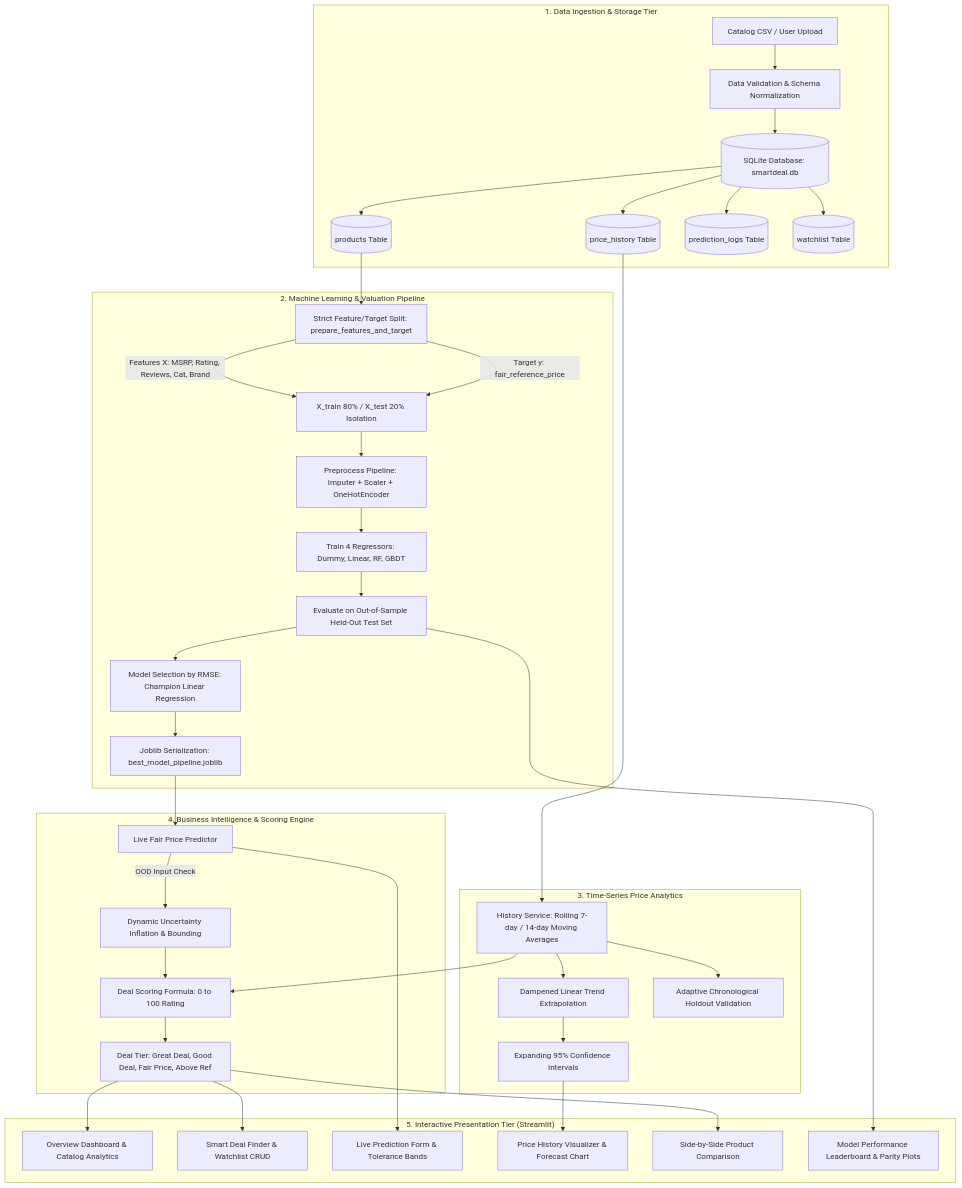
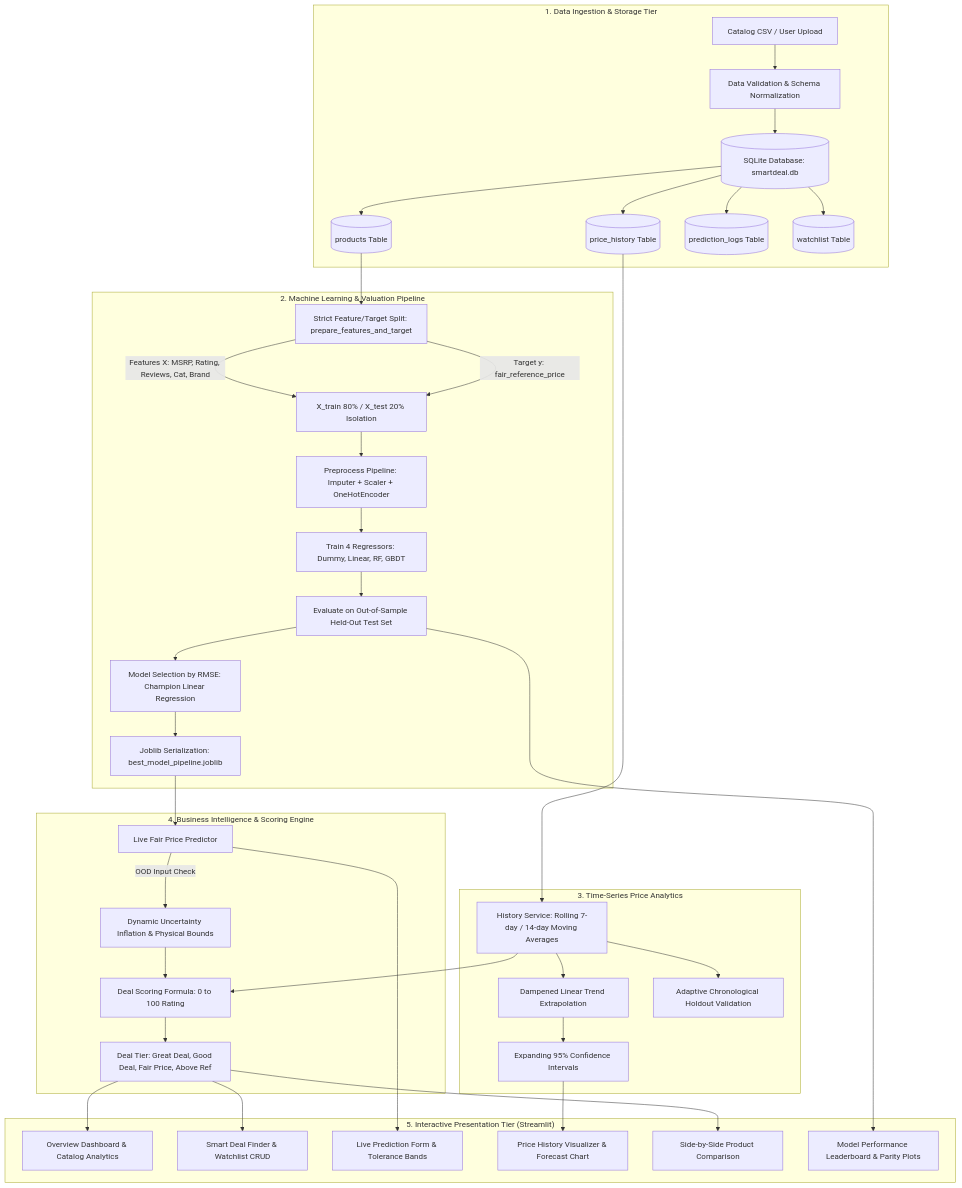
One commit to kowshiii1208/smartdeal-ai changed the diagram in README.md. Above: the diagram before and after it, drawn with Mermaid. The commit also changed other lines of this file and 5 other files, not shown here.

````diff
--- a/README.md
+++ b/README.md
@@ -62,46 +81,46 @@
 ```mermaid
 graph TD
     subgraph Data_Tier["1. Data Ingestion & Storage Tier"]
         A[Catalog CSV / User Upload] --> B[Data Validation & Schema Normalization]
         B --> C[(SQLite Database: smartdeal.db)]
         C --> D[(products Table)]
         C --> E[(price_history Table)]
         C --> F[(prediction_logs Table)]
         C --> G[(watchlist Table)]
     end
 
     subgraph ML_Tier["2. Machine Learning & Valuation Pipeline"]
         D --> H[Strict Feature/Target Split: prepare_features_and_target]
         H -->|Features X: MSRP, Rating, Reviews, Cat, Brand| I[X_train 80% / X_test 20% Isolation]
         H -->|Target y: fair_reference_price| I
         I --> J[Preprocess Pipeline: Imputer + Scaler + OneHotEncoder]
         J --> K[Train 4 Regressors: Dummy, Linear, RF, GBDT]
         K --> L[Evaluate on Out-of-Sample Held-Out Test Set]
         L --> M[Model Selection by RMSE: Champion Linear Regression]
         M --> N[Joblib Serialization: best_model_pipeline.joblib]
     end
 
     subgraph Forecast_Tier["3. Time-Series Price Analytics"]
         E --> O[History Service: Rolling 7-day / 14-day Moving Averages]
         O --> P[Dampened Linear Trend Extrapolation]
         P --> Q[Expanding 95% Confidence Intervals]
         O --> R[Adaptive Chronological Holdout Validation]
     end
 
     subgraph Deal_Tier["4. Business Intelligence & Scoring Engine"]
         N --> S[Live Fair Price Predictor]
-        S -->|OOD Input Check| T[Dynamic Uncertainty Inflation & Bounding]
+        S -->|OOD Input Check| T[Dynamic Uncertainty Inflation & Physical Bounds]
         T --> U[Deal Scoring Formula: 0 to 100 Rating]
         O --> U
         U --> V[Deal Tier: Great Deal, Good Deal, Fair Price, Above Ref]
     end
 
     subgraph UI_Tier["5. Interactive Presentation Tier (Streamlit)"]
         V --> W[Overview Dashboard & Catalog Analytics]
         V --> X[Smart Deal Finder & Watchlist CRUD]
         S --> Y[Live Prediction Form & Tolerance Bands]
         Q --> Z[Price History Visualizer & Forecast Chart]
         V --> AA[Side-by-Side Product Comparison]
         L --> AB[Model Performance Leaderboard & Parity Plots]
     end
 ```
````
